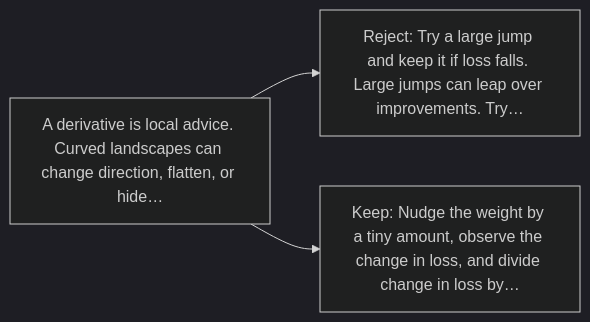
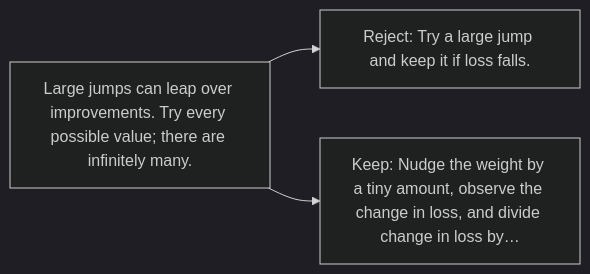
One commit to kleem-labs/AI-Archaeology changed the diagram in excavations/022-derivatives/diagram.md. Above: the diagram before and after it, drawn with Mermaid (dark theme). The commit also changed other lines of this file and 165 other files, not shown here.

````diff
--- a/excavations/022-derivatives/diagram.md
+++ b/excavations/022-derivatives/diagram.md
@@ -5,5 +5,5 @@
 ```mermaid
 flowchart LR
-    B["A derivative is local advice. Curved landscapes can change direction, flatten, or hide…"] --> A["Reject: Try a large jump and keep it if loss falls. Large jumps can leap over improvements. Try…"]
+    B["Large jumps can leap over improvements. Try every possible value; there are infinitely many."] --> A["Reject: Try a large jump and keep it if loss falls."]
     B --> C["Keep: Nudge the weight by a tiny amount, observe the change in loss, and divide change in loss by…"]
 ```
````
